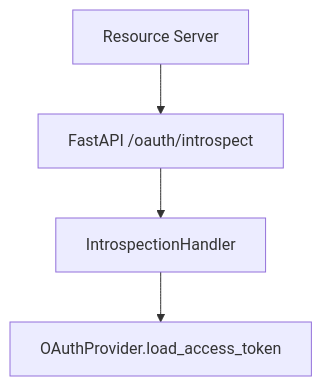
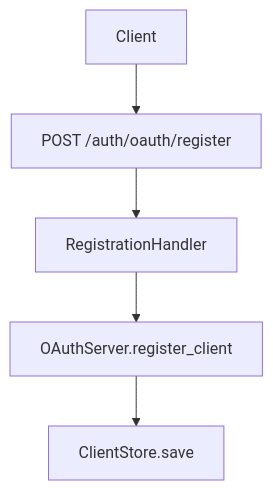
The fourth of 5 diagrams in design/010-belgie-oauth-auth-server.md (mplemay/belgie), drawn with Mermaid before and after one commit. The commit also changed other lines of this file and 21 other files, not shown here.

Commit message:
feat: add belgie-oauth auth server plugin

````diff
--- a/design/010-belgie-oauth-auth-server.md
+++ b/design/010-belgie-oauth-auth-server.md
@@ -180,6 +193,7 @@
 ```mermaid
 graph TD
-    A[Resource Server] --> B[FastAPI /oauth/introspect]
-    B --> C[IntrospectionHandler]
-    C --> D[OAuthProvider.load_access_token]
+    A[Client] --> B[POST /auth/oauth/register]
+    B --> C[RegistrationHandler]
+    C --> D[OAuthServer.register_client]
+    D --> E[ClientStore.save]
 ```
````
